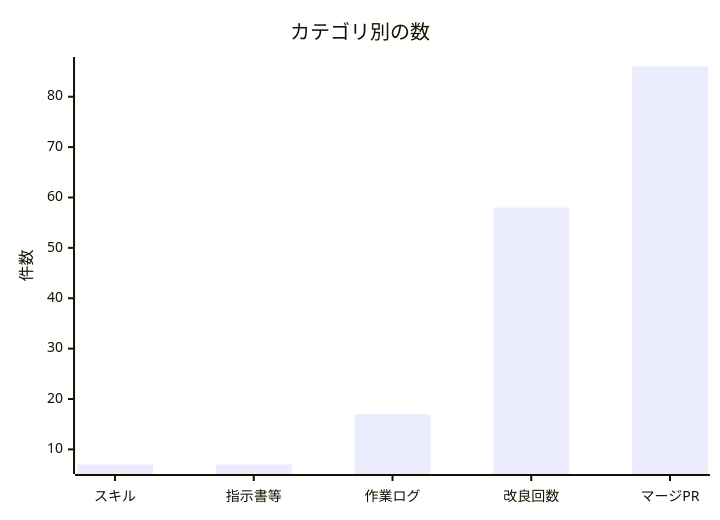
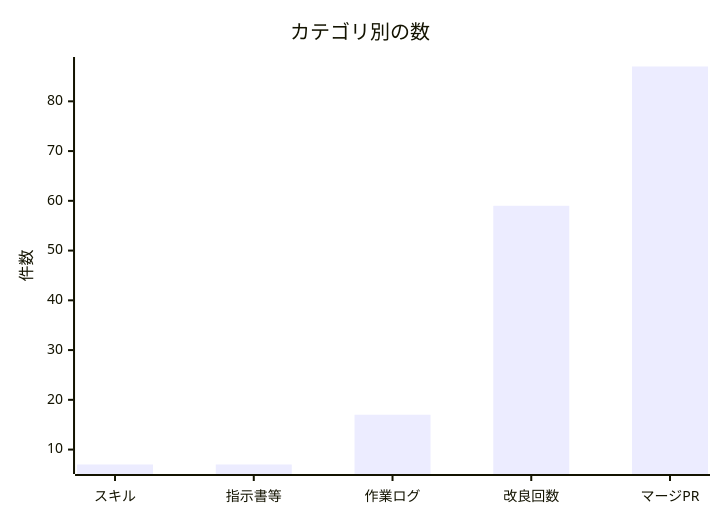
One commit to non-x2/non-x2 changed the second of 2 diagrams in docs/進化レポート.md. Above: the diagram before and after it, drawn with Mermaid. The commit also changed other lines of this file and 3 other files, not shown here.

First line of the commit message:
🗺 地図の見張り番を .github/workflows/ にも広げた（候補43）

````diff
--- a/docs/進化レポート.md
+++ b/docs/進化レポート.md
@@ -33,7 +33,7 @@
 ```mermaid
 xychart-beta
     title "カテゴリ別の数"
     x-axis ["スキル", "指示書等", "作業ログ", "改良回数", "マージPR"]
     y-axis "件数"
-    bar [7, 7, 17, 58, 86]
+    bar [7, 7, 17, 59, 87]
 ```
````
